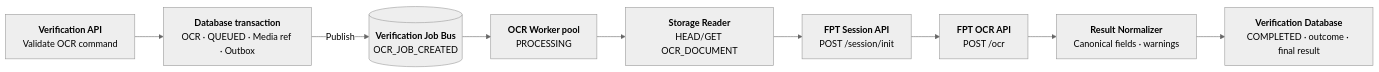
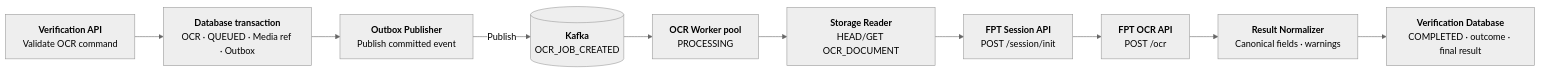
Before and after one commit to huynv-xyz/vhm: the third of 8 diagrams in noxh-ekyc.md, drawn with Mermaid (neutral theme). The commit also changed other lines of this file, not shown here.

````diff
--- a/noxh-ekyc.md
+++ b/noxh-ekyc.md
@@ -179,24 +228,26 @@
 ```mermaid
 flowchart LR
     API["`**Verification API**
 Validate OCR command`"]
     ACCEPT["`**Database transaction**
 OCR · QUEUED · Media ref · Outbox`"]
-    BUS[("`**Verification Job Bus**
+    PUBLISHER["`**Outbox Publisher**
+Publish committed event`"]
+    KAFKA[("`**Kafka**
 OCR_JOB_CREATED`")]
     WORKER["`**OCR Worker pool**
 PROCESSING`"]
     READ["`**Storage Reader**
 HEAD/GET OCR_DOCUMENT`"]
     INIT["`**FPT Session API**
 POST /session/init`"]
     OCR["`**FPT OCR API**
 POST /ocr`"]
     NORMALIZE["`**Result Normalizer**
 Canonical fields · warnings`"]
     DONE["`**Verification Database**
 COMPLETED · outcome · final result`"]
 
-    API --> ACCEPT -->|"Publish"| BUS --> WORKER
+    API --> ACCEPT --> PUBLISHER -->|"Publish"| KAFKA --> WORKER
     WORKER --> READ --> INIT --> OCR --> NORMALIZE --> DONE
 ```
````
